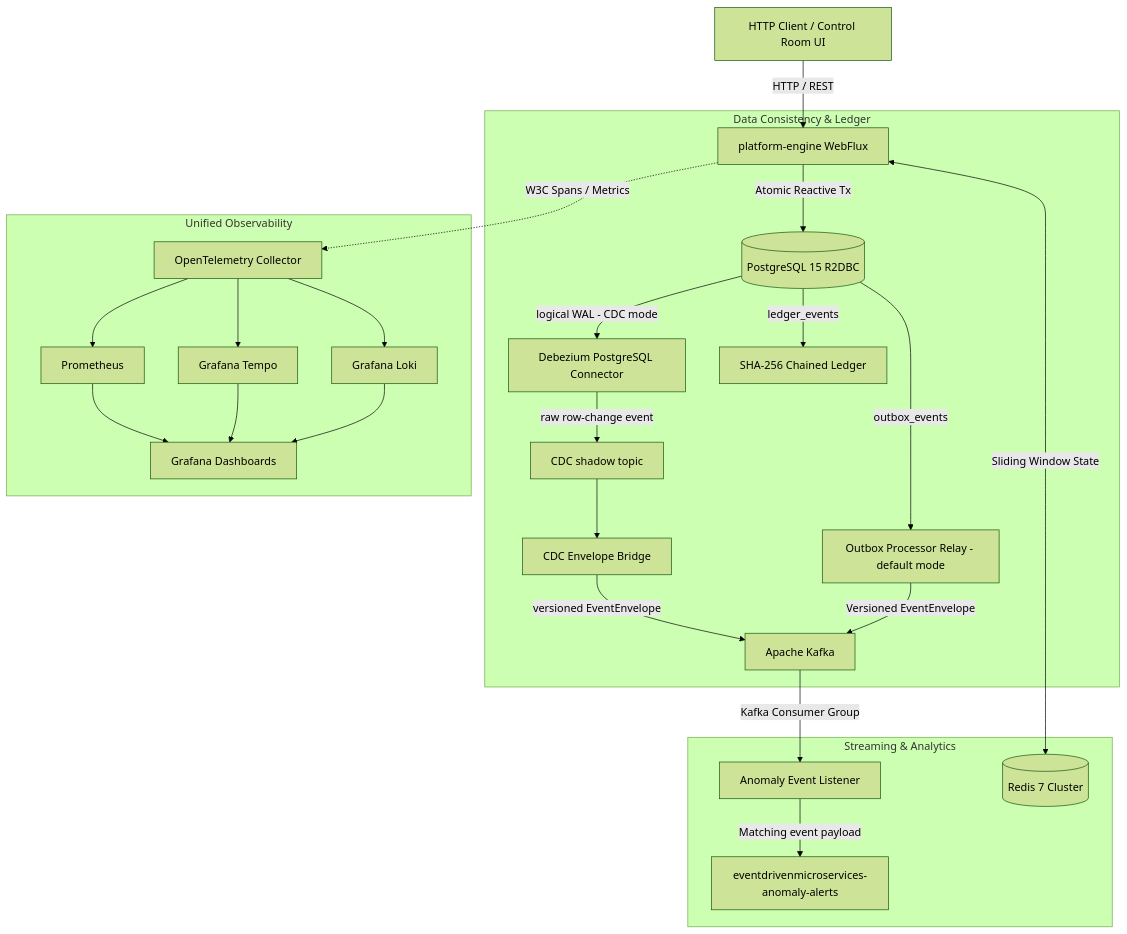
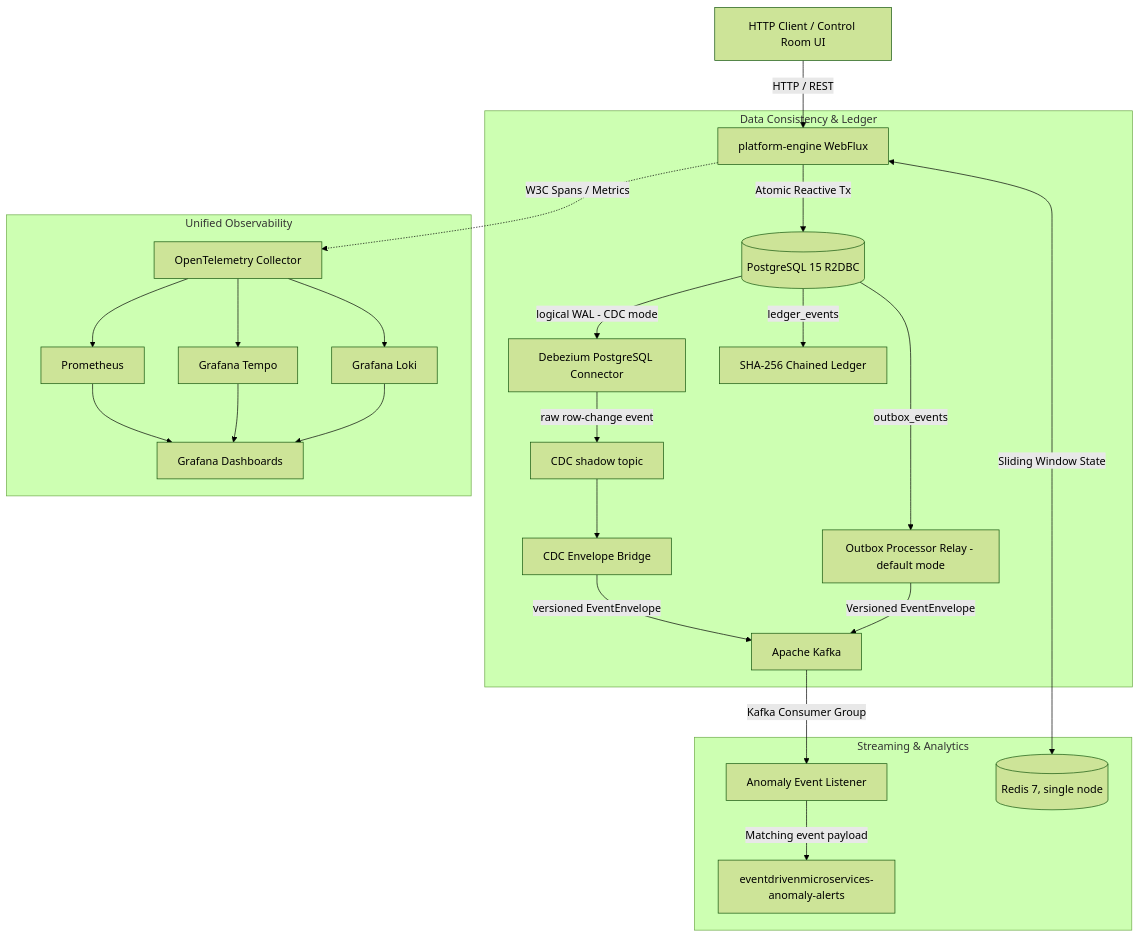
Before and after one commit to andreruizdev/event-driven-platform: the diagram in docs/architecture.md, drawn with Mermaid (forest theme). The commit also changed other lines of this file and 2 other files, not shown here.

Commit message:
Align docs with current code and record audit findings

````diff
--- a/docs/architecture.md
+++ b/docs/architecture.md
@@ -15,31 +15,31 @@
 ```mermaid
 flowchart TD
     Client[HTTP Client / Control Room UI] -->|HTTP / REST| API[platform-engine WebFlux]
     
     subgraph Data Consistency & Ledger
         API -->|Atomic Reactive Tx| PG[(PostgreSQL 15 R2DBC)]
         PG -->|outbox_events| RELAY[Outbox Processor Relay - default mode]
         PG -->|logical WAL - CDC mode| DEBEZIUM[Debezium PostgreSQL Connector]
         DEBEZIUM -->|raw row-change event| CDC[CDC shadow topic]
         CDC --> BRIDGE[CDC Envelope Bridge]
         BRIDGE -->|versioned EventEnvelope| KAFKA
         PG -->|ledger_events| LEDGER[SHA-256 Chained Ledger]
     end
 
     subgraph Streaming & Analytics
         RELAY -->|Versioned EventEnvelope| KAFKA[Apache Kafka]
         KAFKA -->|Kafka Consumer Group| LISTENER[Anomaly Event Listener]
         LISTENER -->|Matching event payload| ALERT[eventdrivenmicroservices-anomaly-alerts]
-        API <-->|Sliding Window State| REDIS[(Redis 7 Cluster)]
+        API <-->|Sliding Window State| REDIS[(Redis 7, single node)]
     end
 
     subgraph Unified Observability
         API -. W3C Spans / Metrics .-> OTEL[OpenTelemetry Collector]
         OTEL --> PROM[Prometheus]
         OTEL --> TEMPO[Grafana Tempo]
         OTEL --> LOKI[Grafana Loki]
         PROM --> GRAFANA[Grafana Dashboards]
         TEMPO --> GRAFANA
         LOKI --> GRAFANA
     end
 ```
````
